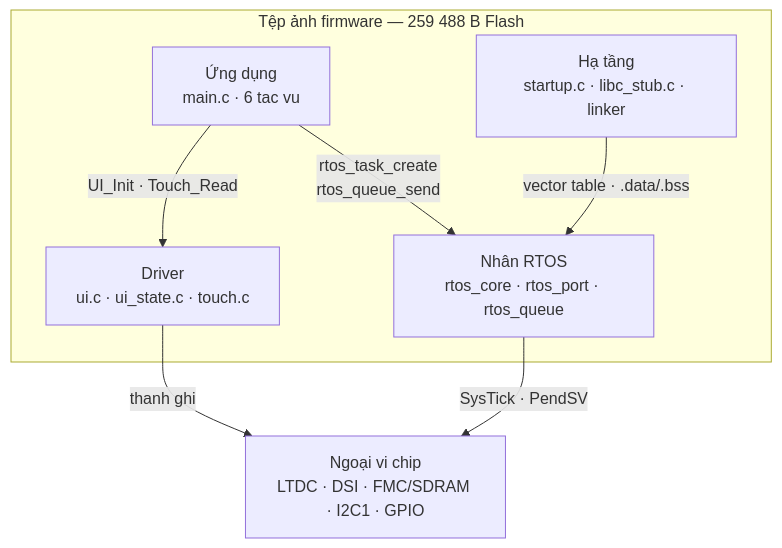
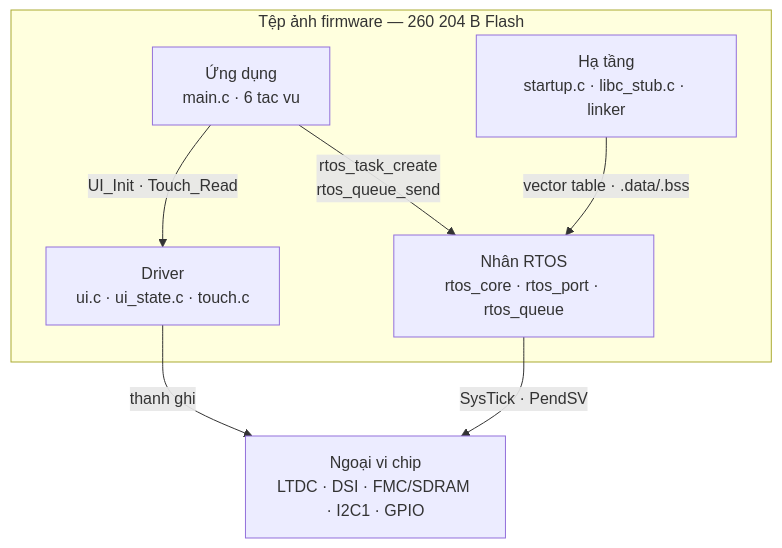
One commit to mobiluckvn/EIDEv3 changed the second of 4 diagrams in docs/rtos-tu-viet/bao-cao/bao-cao-rtos.md. Above: the diagram before and after it, drawn with Mermaid. The commit also changed other lines of this file and 9 other files, not shown here.

````diff
--- a/docs/rtos-tu-viet/bao-cao/bao-cao-rtos.md
+++ b/docs/rtos-tu-viet/bao-cao/bao-cao-rtos.md
@@ -66,15 +66,15 @@
 ```mermaid
 graph TB
-    subgraph Anh["Tệp ảnh firmware — 259 488 B Flash"]
+    subgraph Anh["Tệp ảnh firmware — 260 204 B Flash"]
         UD["Ứng dụng<br/>main.c · 6 tac vu"]
         NHAN["Nhân RTOS<br/>rtos_core · rtos_port · rtos_queue"]
         DRV["Driver<br/>ui.c · ui_state.c · touch.c"]
         HT["Hạ tầng<br/>startup.c · libc_stub.c · linker"]
     end
     NGOAI["Ngoại vi chip<br/>LTDC · DSI · FMC/SDRAM · I2C1 · GPIO"]
     UD -->|"rtos_task_create<br/>rtos_queue_send"| NHAN
     UD -->|"UI_Init · Touch_Read"| DRV
     NHAN -->|"SysTick · PendSV"| NGOAI
     DRV -->|"thanh ghi"| NGOAI
     HT -->|"vector table · .data/.bss"| NHAN
 ```
````
